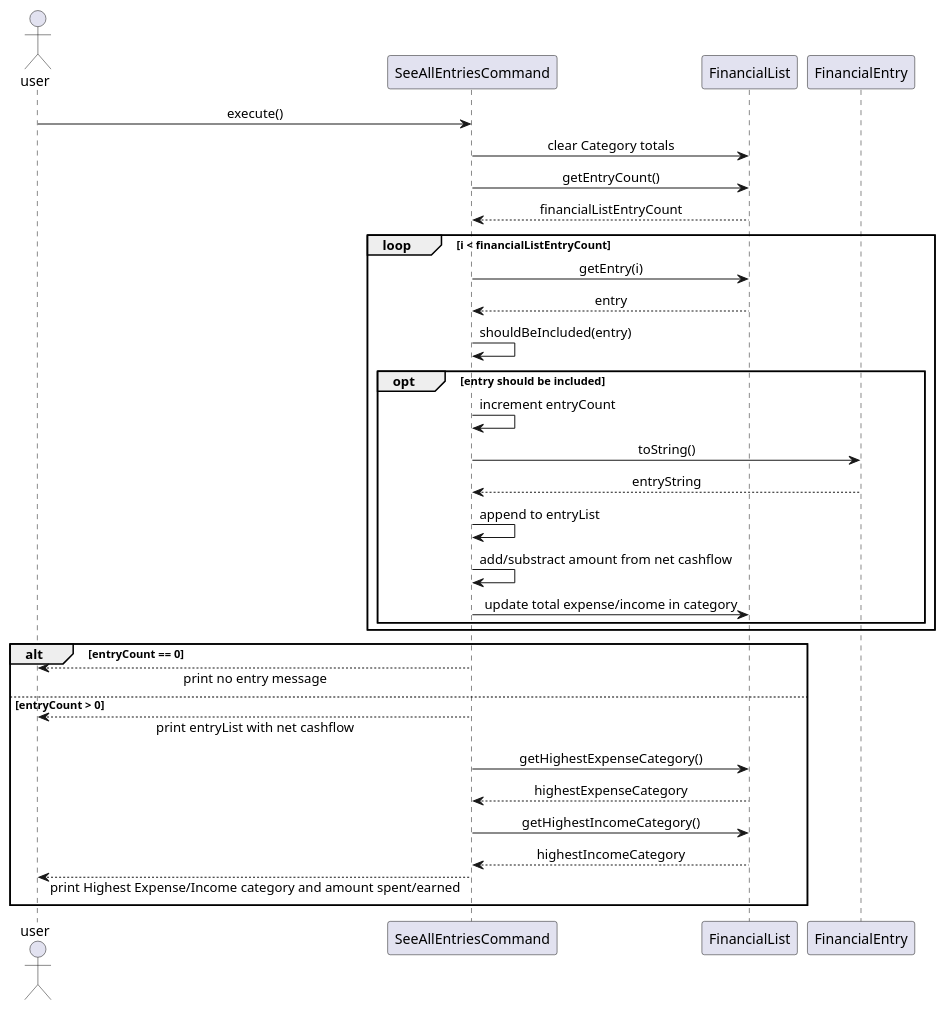
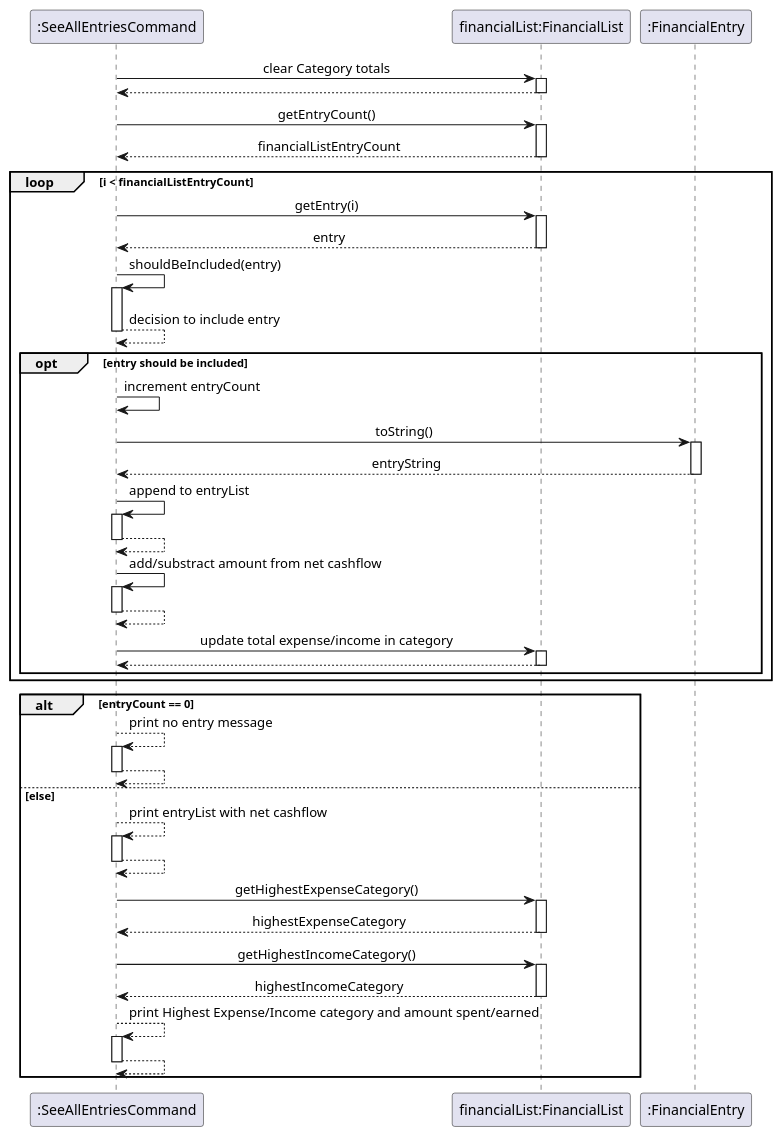
One commit to nus-cs2113-AY2425S1/tp changed the diagram in docs/UML/SeeAllEntriesExecution.puml. Above: the diagram before and after it, drawn with PlantUML. The commit also changed 5 other files, not shown here.

Commit message:
Update list entries section of DG

```diff
--- a/docs/UML/SeeAllEntriesExecution.puml
+++ b/docs/UML/SeeAllEntriesExecution.puml
@@ -1,44 +1,68 @@
 @startuml
 skinparam sequenceMessageAlign center
 skinparam responseMessageBelowArrow true
 
-actor user
-participant "SeeAllEntriesCommand" as cmd
-participant "FinancialList" as list
-participant "FinancialEntry" as entry
+participant ":SeeAllEntriesCommand" as cmd
+participant "financialList:FinancialList" as list
+participant ":FinancialEntry" as entry
 
 
-user -> cmd : execute()
+
+
 cmd -> list : clear Category totals
+activate list
+return
+
 cmd -> list : getEntryCount()
+activate list
 return financialListEntryCount
 
 loop i < financialListEntryCount
     cmd -> list : getEntry(i)
+    activate list
     return entry
 
     cmd -> cmd : shouldBeIncluded(entry)
+    activate cmd
+    return decision to include entry
 
     opt entry should be included
         cmd -> cmd : increment entryCount
+
+
         cmd -> entry : toString()
+        activate entry
         return entryString
         cmd -> cmd : append to entryList
+        activate cmd
+        return
+
         cmd -> cmd : add/substract amount from net cashflow
+        activate cmd
+        return
         cmd -> list : update total expense/income in category
+        activate list
+        return
     end
 end
 
 alt entryCount == 0
-    user <-- cmd : print no entry message
-else entryCount > 0
-    user <-- cmd: print entryList with net cashflow
+    cmd --> cmd : print no entry message
+        activate cmd
+        return
+else else
+    cmd --> cmd: print entryList with net cashflow
+        activate cmd
+        return
     cmd -> list : getHighestExpenseCategory()
-    list --> cmd: highestExpenseCategory
+    activate list
+    return highestExpenseCategory
     cmd -> list : getHighestIncomeCategory()
-    list --> cmd: highestIncomeCategory
-    user <-- cmd: print Highest Expense/Income category and amount spent/earned
+    activate list
+    return highestIncomeCategory
+    cmd --> cmd: print Highest Expense/Income category and amount spent/earned
+    activate cmd
+    return
 end
 
-deactivate cmd
 @enduml
```
